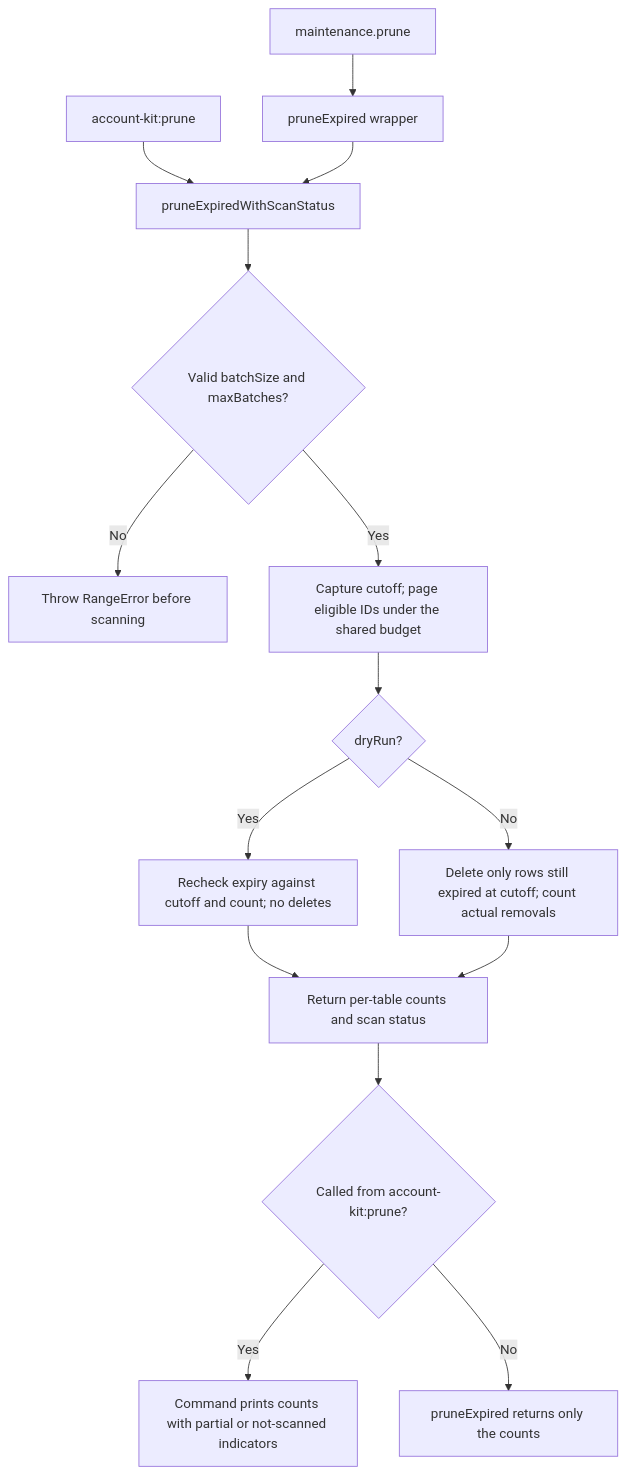
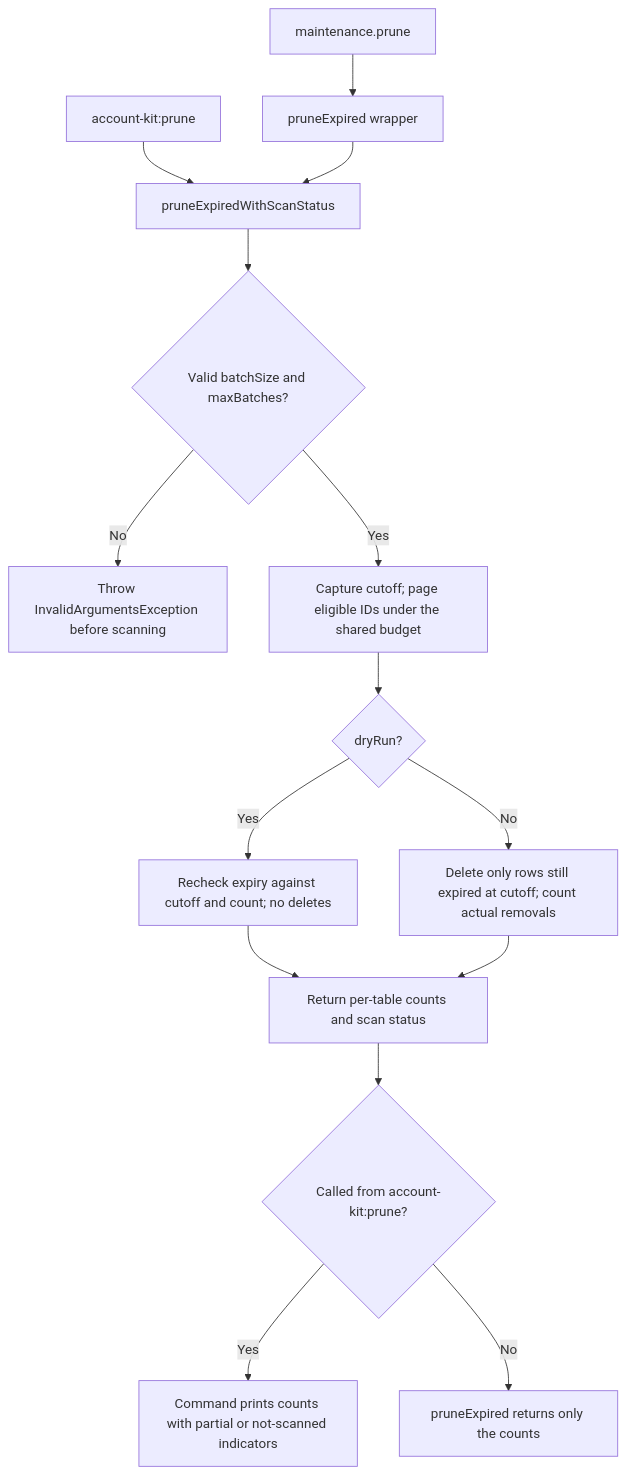
The second of 2 diagrams in user-stories/US-ACCOUNT-33-prune-expired-records.md (Kevinjohn/oss-adonisjs-account-kit), drawn with Mermaid before and after one commit. The commit also changed other lines of this file and 42 other files, not shown here.

````diff
--- a/user-stories/US-ACCOUNT-33-prune-expired-records.md
+++ b/user-stories/US-ACCOUNT-33-prune-expired-records.md
@@ -34,17 +34,17 @@
 ```mermaid
 flowchart TD
  A["account-kit:prune"] --> S["pruneExpiredWithScanStatus"]
  M["maintenance.prune"] --> W["pruneExpired wrapper"]
  W --> S
  S --> B{"Valid batchSize and maxBatches?"}
- B -->|No| X["Throw RangeError before scanning"]
+ B -->|No| X["Throw InvalidArgumentsException before scanning"]
  B -->|Yes| C["Capture cutoff; page eligible IDs under the shared budget"]
  C --> D{"dryRun?"}
  D -->|Yes| E["Recheck expiry against cutoff and count; no deletes"]
  D -->|No| F["Delete only rows still expired at cutoff; count actual removals"]
  E --> G["Return per-table counts and scan status"]
  F --> G
  G --> H{"Called from account-kit:prune?"}
  H -->|Yes| I["Command prints counts with partial or not-scanned indicators"]
  H -->|No| J["pruneExpired returns only the counts"]
 ```
````
